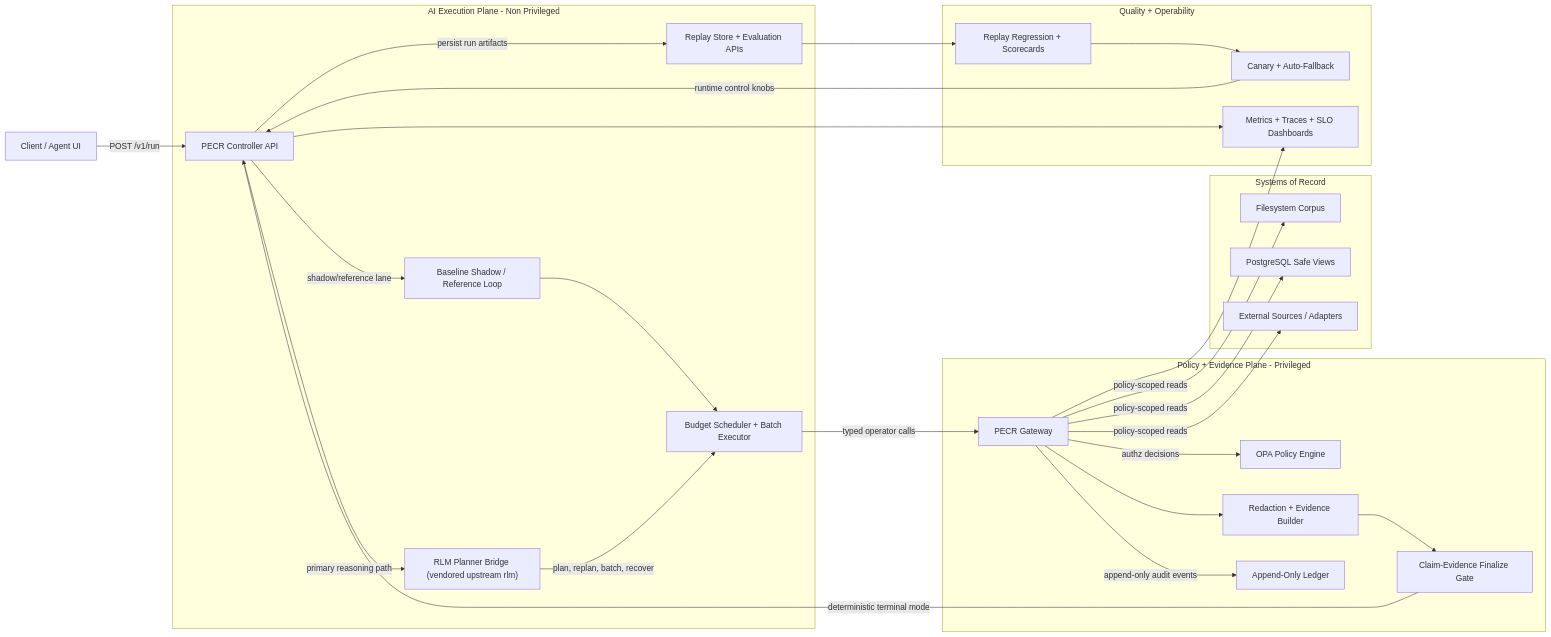
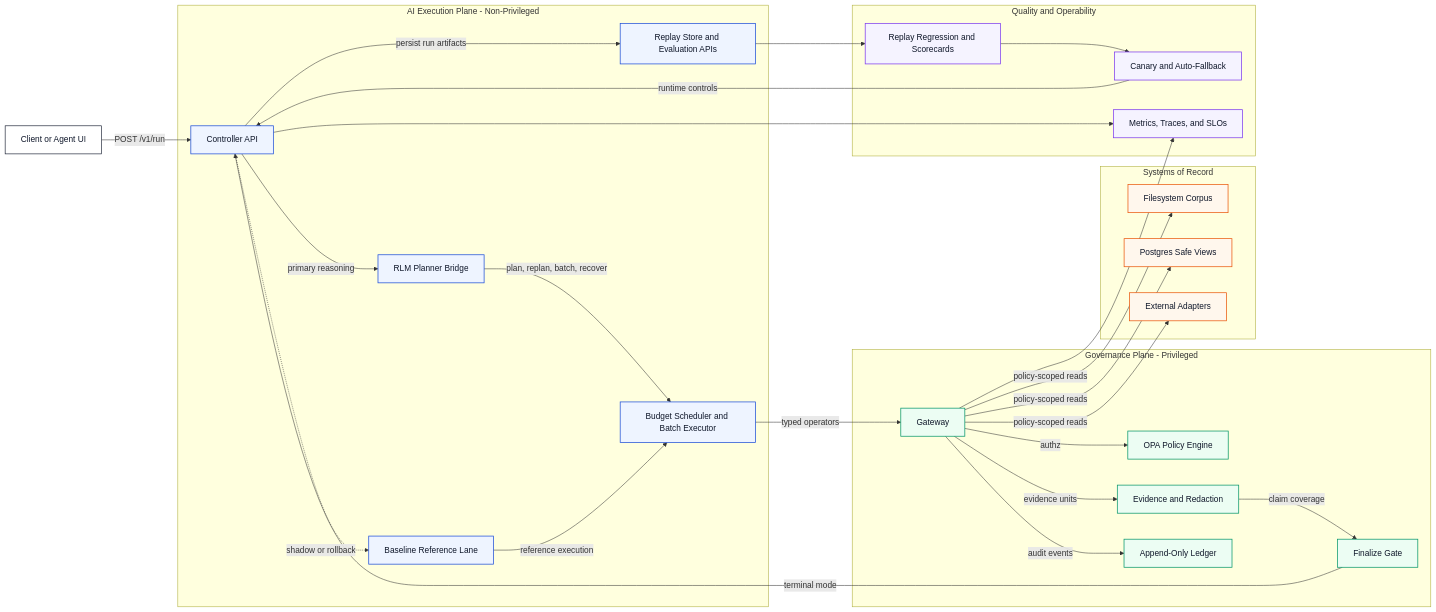
One commit to aliuyar1234/PECR changed the diagram in README.md. Above: the diagram before and after it, drawn with Mermaid.

Commit message:
docs(readme): polish architecture diagram
Refine the high-level Mermaid diagram so the execution, governance, data, and ops planes read more clearly on the README page.

````diff
--- a/README.md
+++ b/README.md
@@ -45,57 +45,69 @@
 ```mermaid
 flowchart LR
-    Client["Client / Agent UI"]
+    classDef edge fill:#ffffff,stroke:#0f172a,stroke-width:1.2px,color:#0f172a;
+    classDef control fill:#eef4ff,stroke:#1d4ed8,stroke-width:1.4px,color:#0f172a;
+    classDef governance fill:#ecfdf3,stroke:#059669,stroke-width:1.4px,color:#0f172a;
+    classDef storage fill:#fff7ed,stroke:#ea580c,stroke-width:1.4px,color:#0f172a;
+    classDef ops fill:#f5f3ff,stroke:#7c3aed,stroke-width:1.4px,color:#0f172a;
 
-    subgraph AIPlane["AI Execution Plane - Non Privileged"]
-      Controller["PECR Controller API"]
-      Baseline["Baseline Shadow / Reference Loop"]
-      RLM["RLM Planner Bridge (vendored upstream rlm)"]
-      Scheduler["Budget Scheduler + Batch Executor"]
-      Replay["Replay Store + Evaluation APIs"]
+    Client["Client or Agent UI"]
+
+    subgraph AI["AI Execution Plane - Non-Privileged"]
+      Controller["Controller API"]
+      RLM["RLM Planner Bridge"]
+      Baseline["Baseline Reference Lane"]
+      Scheduler["Budget Scheduler and Batch Executor"]
+      Replay["Replay Store and Evaluation APIs"]
     end
 
-    subgraph Governance["Policy + Evidence Plane - Privileged"]
-      Gateway["PECR Gateway"]
+    subgraph GOV["Governance Plane - Privileged"]
+      Gateway["Gateway"]
       OPA["OPA Policy Engine"]
-      Evidence["Redaction + Evidence Builder"]
-      Finalize["Claim-Evidence Finalize Gate"]
+      Evidence["Evidence and Redaction"]
+      Finalize["Finalize Gate"]
       Ledger["Append-Only Ledger"]
     end
 
-    subgraph SoR["Systems of Record"]
+    subgraph DATA["Systems of Record"]
       FS["Filesystem Corpus"]
-      PG["PostgreSQL Safe Views"]
-      EXT["External Sources / Adapters"]
+      PG["Postgres Safe Views"]
+      EXT["External Adapters"]
     end
 
-    subgraph Ops["Quality + Operability"]
-      Eval["Replay Regression + Scorecards"]
-      Canary["Canary + Auto-Fallback"]
-      Obs["Metrics + Traces + SLO Dashboards"]
+    subgraph OPS["Quality and Operability"]
+      Eval["Replay Regression and Scorecards"]
+      Canary["Canary and Auto-Fallback"]
+      Obs["Metrics, Traces, and SLOs"]
     end
 
-    Client -->|POST /v1/run| Controller
-    Controller -->|shadow/reference lane| Baseline
-    Controller -->|primary reasoning path| RLM
-    Baseline --> Scheduler
-    RLM -->|plan, replan, batch, recover| Scheduler
+    Client -->|"POST /v1/run"| Controller
+    Controller -->|"primary reasoning"| RLM
+    Controller -.->|"shadow or rollback"| Baseline
+    RLM -->|"plan, replan, batch, recover"| Scheduler
+    Baseline -->|"reference execution"| Scheduler
 
-    Scheduler -->|typed operator calls| Gateway
-    Gateway -->|authz decisions| OPA
-    Gateway --> Evidence
-    Evidence --> Finalize
-    Finalize -->|deterministic terminal mode| Controller
+    Scheduler -->|"typed operators"| Gateway
+    Gateway -->|"authz"| OPA
+    Gateway -->|"evidence units"| Evidence
+    Evidence -->|"claim coverage"| Finalize
+    Finalize -->|"terminal mode"| Controller
 
-    Gateway -->|policy-scoped reads| FS
-    Gateway -->|policy-scoped reads| PG
-    Gateway -->|policy-scoped reads| EXT
-    Gateway -->|append-only audit events| Ledger
+    Gateway -->|"policy-scoped reads"| FS
+    Gateway -->|"policy-scoped reads"| PG
+    Gateway -->|"policy-scoped reads"| EXT
+    Gateway -->|"audit events"| Ledger
 
-    Controller -->|persist run artifacts| Replay
+    Controller -->|"persist run artifacts"| Replay
     Replay --> Eval
     Eval --> Canary
-    Canary -->|runtime control knobs| Controller
+    Canary -->|"runtime controls"| Controller
 
     Controller --> Obs
     Gateway --> Obs
+
+    class Client edge;
+    class Controller,RLM,Baseline,Scheduler,Replay control;
+    class Gateway,OPA,Evidence,Finalize,Ledger governance;
+    class FS,PG,EXT storage;
+    class Eval,Canary,Obs ops;
 ```
````
